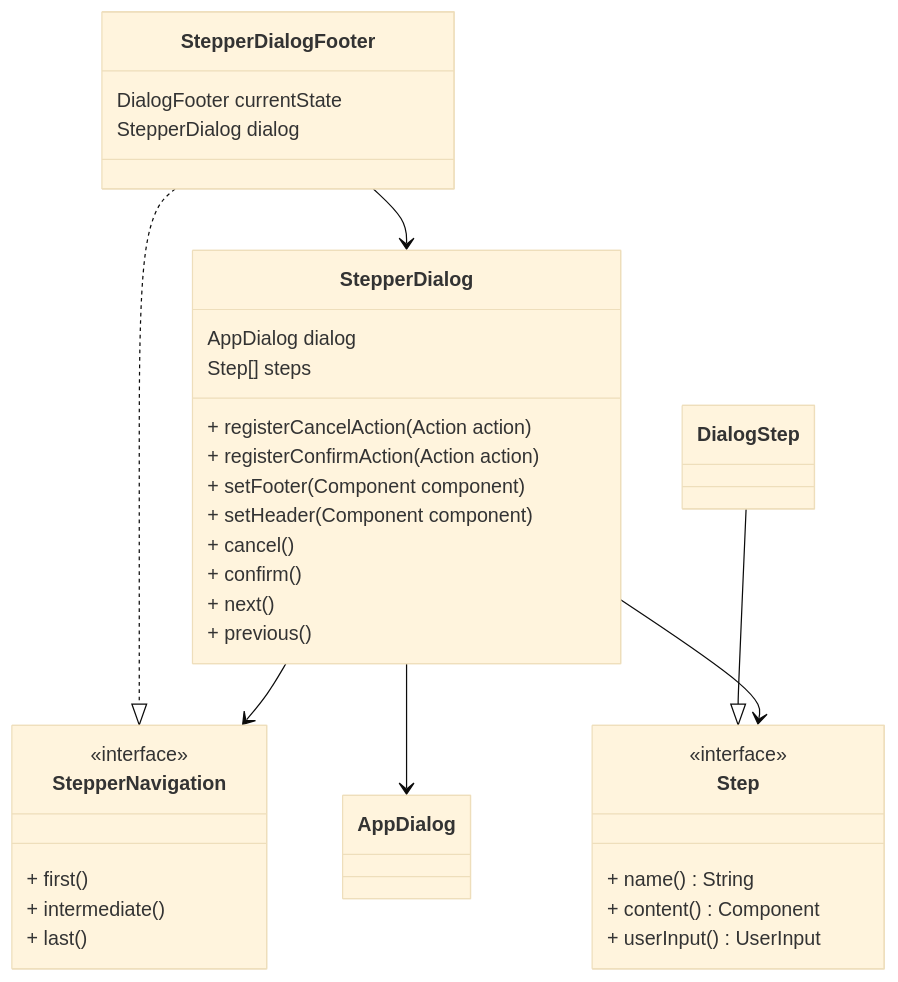
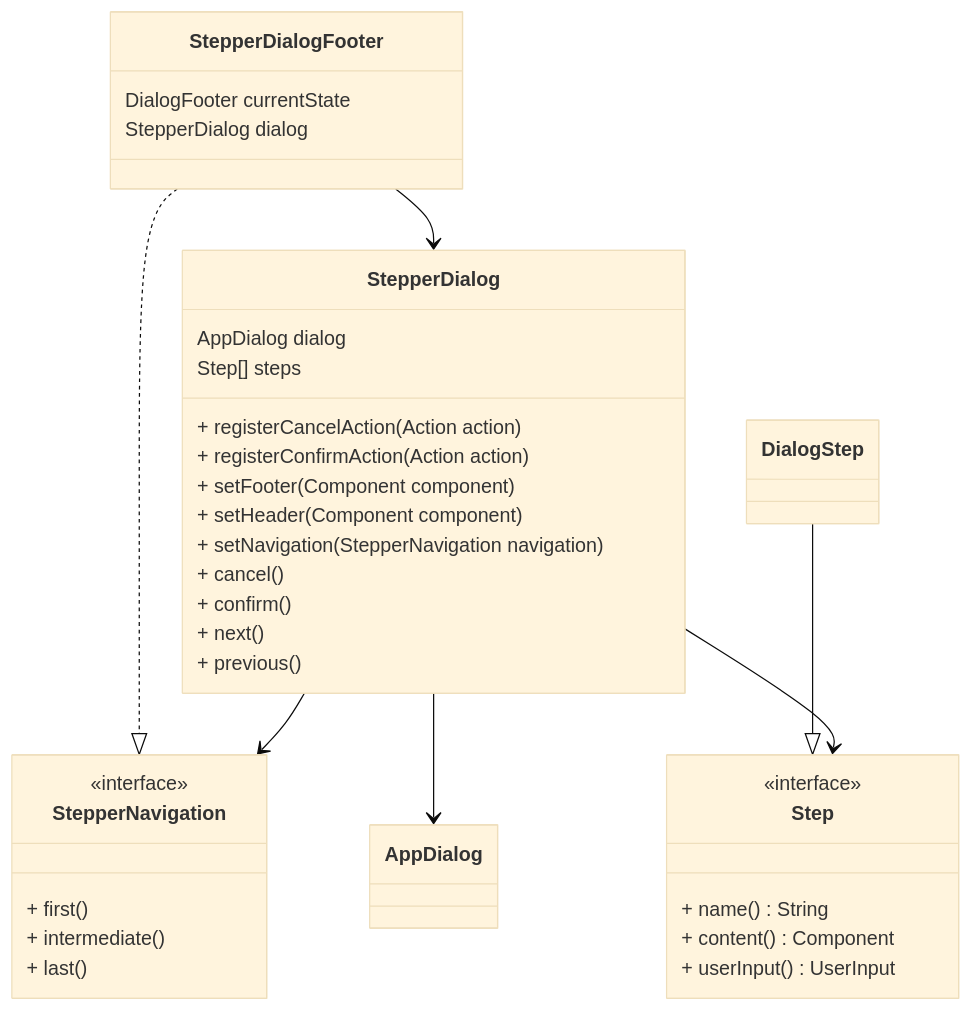
The second of 2 diagrams in user-interface/front-end-components.md (qbicsoftware/data-manager-app), drawn with Mermaid (base theme) before and after one commit. The commit also changed 10 other files, not shown here.

````diff
--- a/user-interface/front-end-components.md
+++ b/user-interface/front-end-components.md
@@ -77,54 +77,55 @@
 ```mermaid
 
 classDiagram
     
     StepperDialogFooter ..|> StepperNavigation
     StepperDialogFooter --> StepperDialog
     StepperDialog --> StepperNavigation
     DialogStep --|> Step
     StepperDialog --> AppDialog
     StepperDialog --> Step
     
     class Step {
         <<interface>>
         + name() String
         + content() Component
         + userInput() UserInput
     }
     
     class AppDialog {
         
     }
     
     class DialogStep {
         
     }
     
     class StepperDialog {
         AppDialog dialog
         Step[] steps
         + registerCancelAction(Action action)
         + registerConfirmAction(Action action)
         + setFooter(Component component)
         + setHeader(Component component)
+        + setNavigation(StepperNavigation navigation)
         + cancel()
         + confirm()
         + next()
         + previous()
         
     }
     
     class StepperNavigation {
         <<interface>>
         + first()
         + intermediate()
         + last()
     }
     
     class StepperDialogFooter {
         DialogFooter currentState
         StepperDialog dialog
         
     }
 
 ```
````
